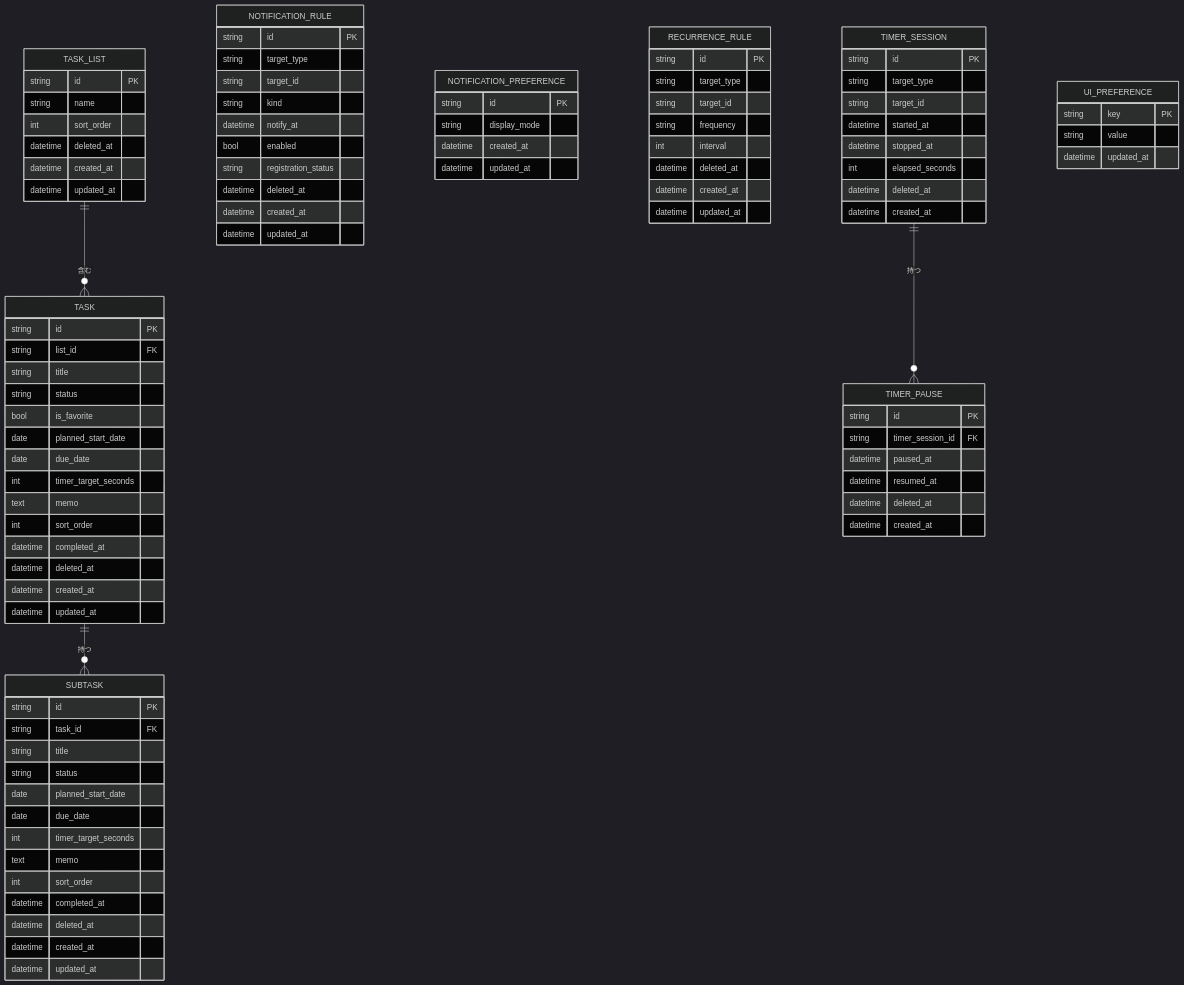
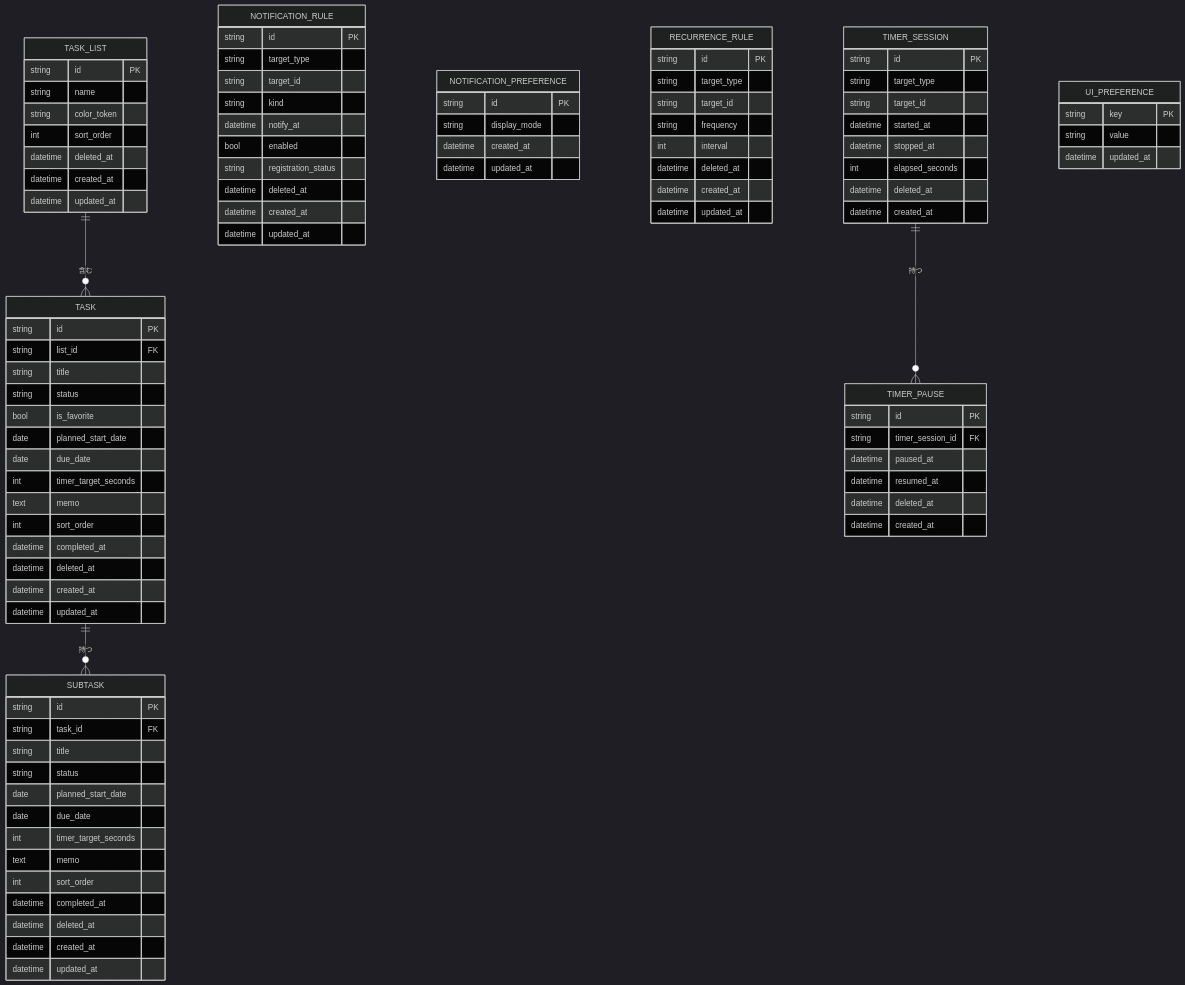
One commit to yt-hsgw/TaskTimer changed the first of 2 diagrams in docs/domain-model.md. Above: the diagram before and after it, drawn with Mermaid (dark theme). The commit also changed other lines of this file and 19 other files, not shown here.

```diff
--- a/docs/domain-model.md
+++ b/docs/domain-model.md
@@ -91,6 +91,7 @@
   TASK_LIST {
     string id PK
     string name
+    string color_token
     int sort_order
     datetime deleted_at
     datetime created_at
```
